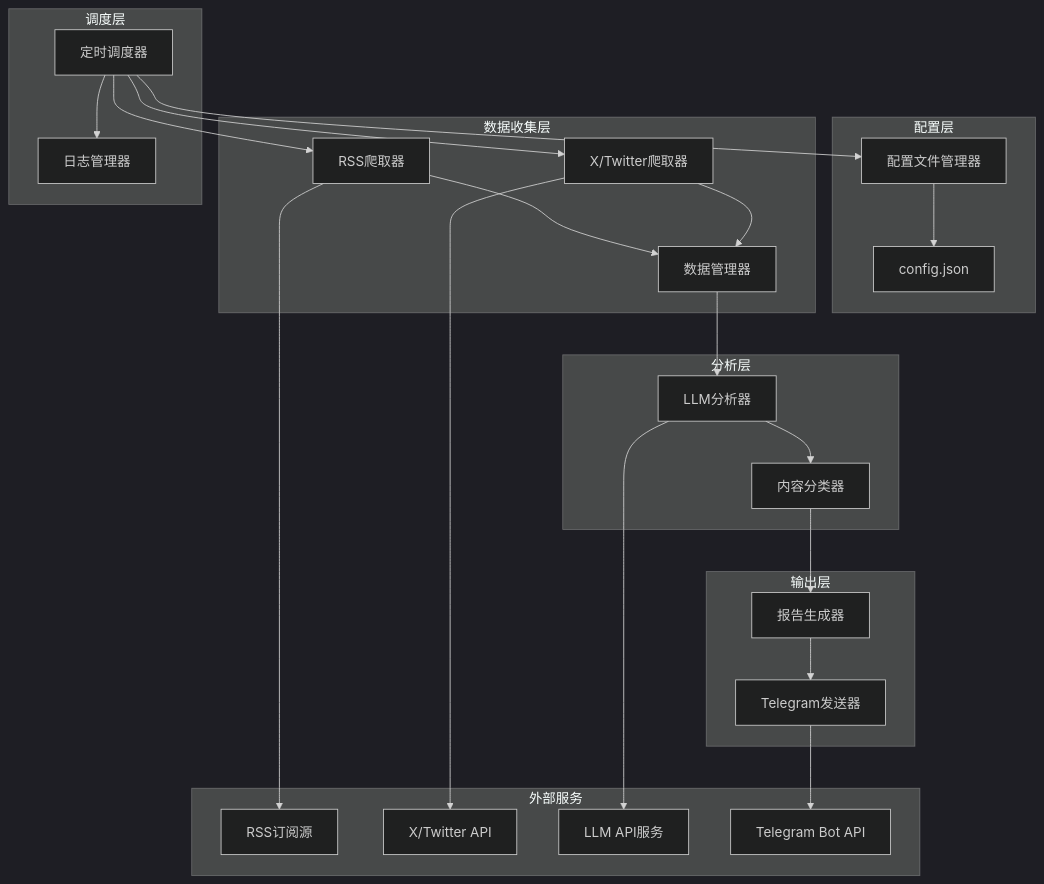
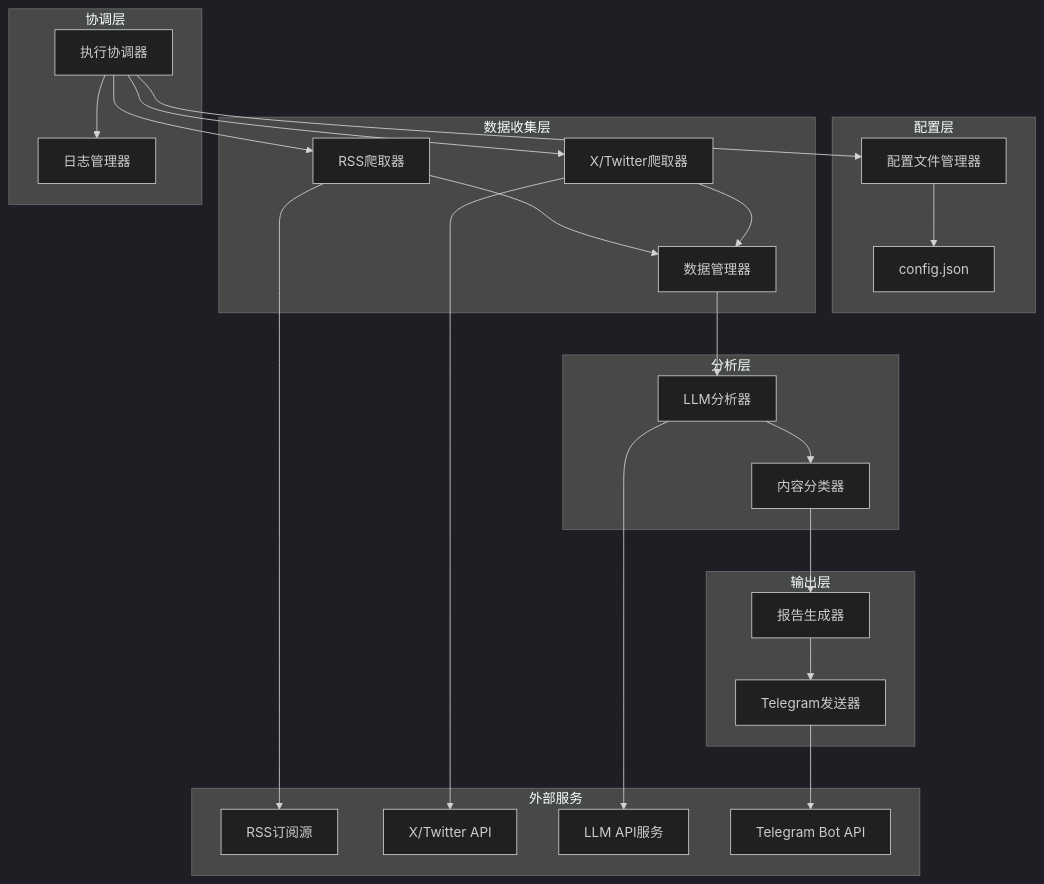
One commit to LaceLetho/getnews changed the diagram in .kiro/specs/crypto-news-analyzer/design.md. Above: the diagram before and after it, drawn with Mermaid (dark theme). The commit also changed other lines of this file and 2 other files, not shown here.

````diff
--- a/.kiro/specs/crypto-news-analyzer/design.md
+++ b/.kiro/specs/crypto-news-analyzer/design.md
@@ -26,51 +26,51 @@
 ```mermaid
 graph TB
     subgraph "配置层"
         CF[配置文件管理器]
         CONFIG[config.json]
     end
     
     subgraph "数据收集层"
         RSS[RSS爬取器]
         X[X/Twitter爬取器]
         DM[数据管理器]
     end
     
     subgraph "分析层"
         LLM[LLM分析器]
         CAT[内容分类器]
     end
     
     subgraph "输出层"
         RG[报告生成器]
         TG[Telegram发送器]
     end
     
-    subgraph "调度层"
-        SCH[定时调度器]
+    subgraph "协调层"
+        COORD[执行协调器]
         LOG[日志管理器]
     end
     
     subgraph "外部服务"
         RSSSRC[RSS订阅源]
         XAPI[X/Twitter API]
         LLMAPI[LLM API服务]
         TGAPI[Telegram Bot API]
     end
     
     CF --> CONFIG
-    SCH --> CF
-    SCH --> RSS
-    SCH --> X
+    COORD --> CF
+    COORD --> RSS
+    COORD --> X
     RSS --> RSSSRC
     X --> XAPI
     RSS --> DM
     X --> DM
     DM --> LLM
     LLM --> LLMAPI
     LLM --> CAT
     CAT --> RG
     RG --> TG
     TG --> TGAPI
-    SCH --> LOG
+    COORD --> LOG
 ```
````
